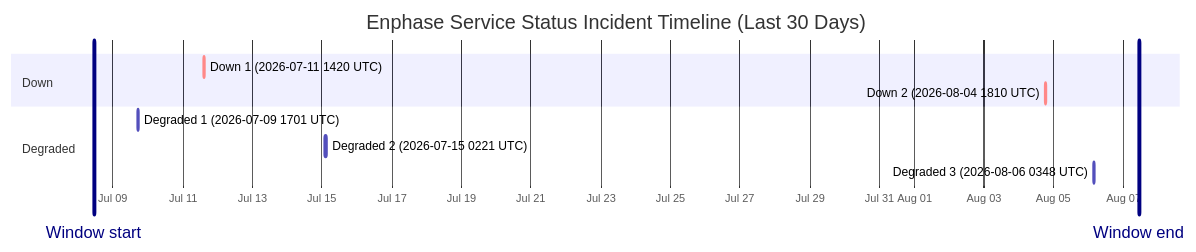
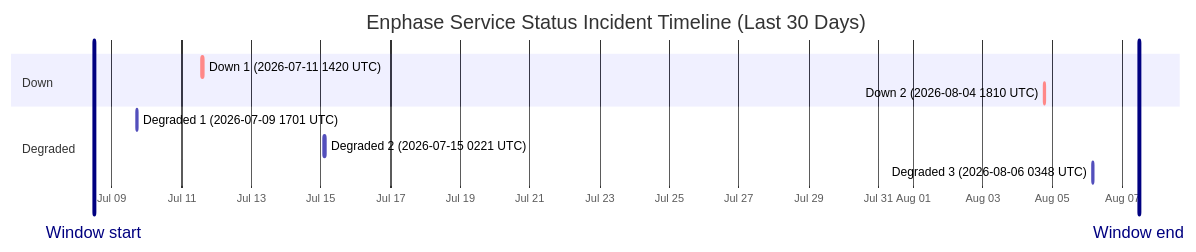
One commit to barneyonline/ha-enphase-energy changed the diagram in wiki/Service-Status-History.md. Above: the diagram before and after it, drawn with Mermaid. The commit also changed other lines of this file and 3 other files, not shown here.

````diff
--- a/wiki/Service-Status-History.md
+++ b/wiki/Service-Status-History.md
@@ -14,15 +14,15 @@
 ```mermaid
 gantt
     title Enphase Service Status Incident Timeline (Last 30 Days)
     dateFormat  YYYY-MM-DDTHH:mm:ss
     axisFormat  %b %d
-    Window start :vert, window-start, 2026-07-08T10:50:28, 0ms
-    Window end :vert, window-end, 2026-08-07T10:50:28, 0ms
+    Window start :vert, window-start, 2026-07-08T11:43:17, 0ms
+    Window end :vert, window-end, 2026-08-07T11:43:17, 0ms
     section Down
     Down 1 (2026-07-11 1420 UTC) :crit, down-1, 2026-07-11T14:20:54, 69m
     Down 2 (2026-08-04 1810 UTC) :crit, down-2, 2026-08-04T18:10:46, 60m
     section Degraded
     Degraded 1 (2026-07-09 1701 UTC) :active, degraded-1, 2026-07-09T17:01:02, 60m
     Degraded 2 (2026-07-15 0221 UTC) :active, degraded-2, 2026-07-15T02:21:35, 60m
     Degraded 3 (2026-08-06 0348 UTC) :active, degraded-3, 2026-08-06T03:48:14, 60m
 ```
````
